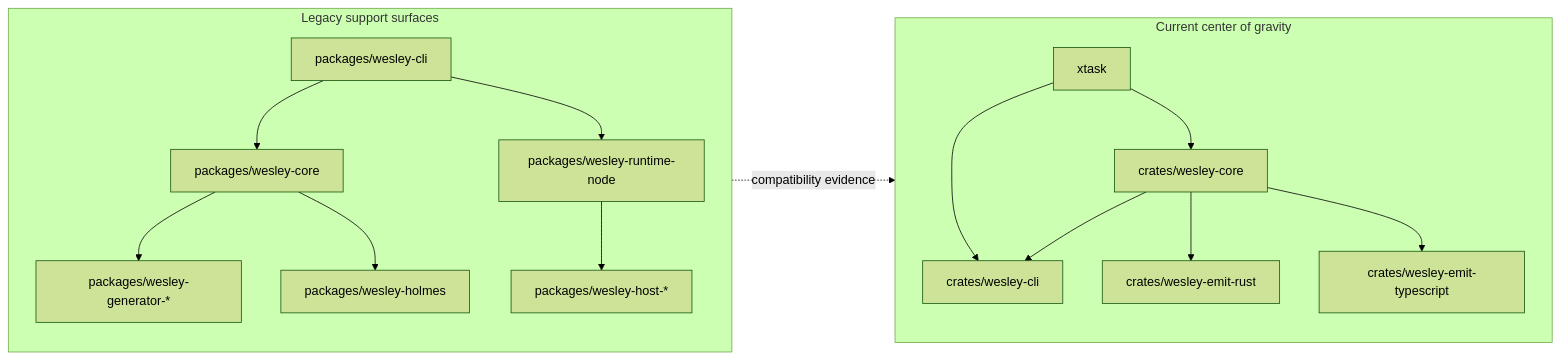
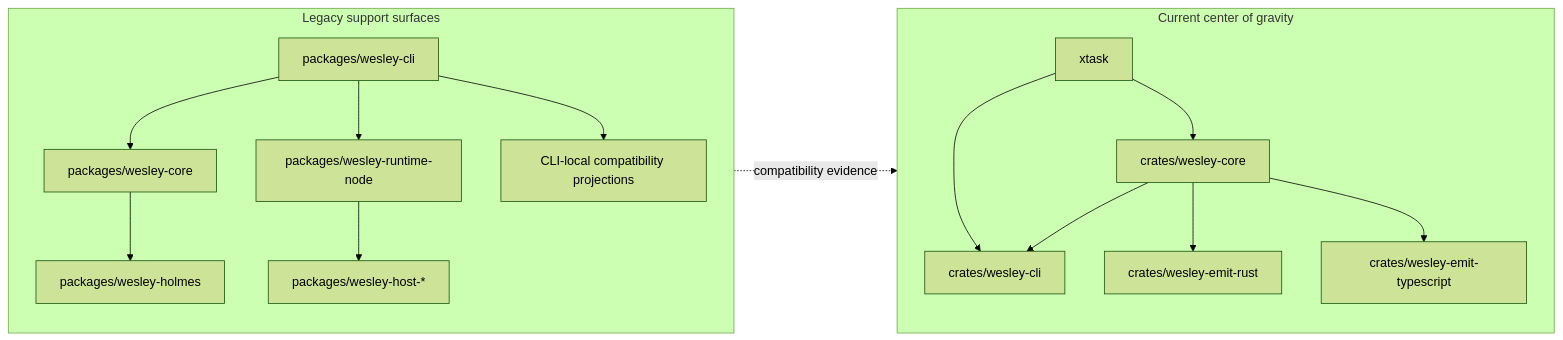
Before and after one commit to flyingrobots/wesley: the fifth of 24 diagrams in docs/END_TO_END.md, drawn with Mermaid (forest theme). The commit also changed other lines of this file and 51 other files, not shown here.

````diff
--- a/docs/END_TO_END.md
+++ b/docs/END_TO_END.md
@@ -207,32 +207,32 @@
 ```mermaid
 flowchart LR
     subgraph CurrentCenter["Current center of gravity"]
         Core[crates/wesley-core]
         Cli[crates/wesley-cli]
         EmitRust[crates/wesley-emit-rust]
         EmitTS[crates/wesley-emit-typescript]
         Xtask[xtask]
     end
 
     subgraph LegacySupport["Legacy support surfaces"]
         JsCore[packages/wesley-core]
         JsCli[packages/wesley-cli]
         RuntimeNode[packages/wesley-runtime-node]
-        Generators[packages/wesley-generator-*]
+        CompatProjection[CLI-local compatibility projections]
         Holmes[packages/wesley-holmes]
         Hosts[packages/wesley-host-*]
     end
 
     Core --> Cli
     Core --> EmitRust
     Core --> EmitTS
     Xtask --> Core
     Xtask --> Cli
     JsCli --> JsCore
     JsCli --> RuntimeNode
-    JsCore --> Generators
+    JsCli --> CompatProjection
     JsCore --> Holmes
     RuntimeNode --> Hosts
 
     LegacySupport -. compatibility evidence .-> CurrentCenter
 ```
````
